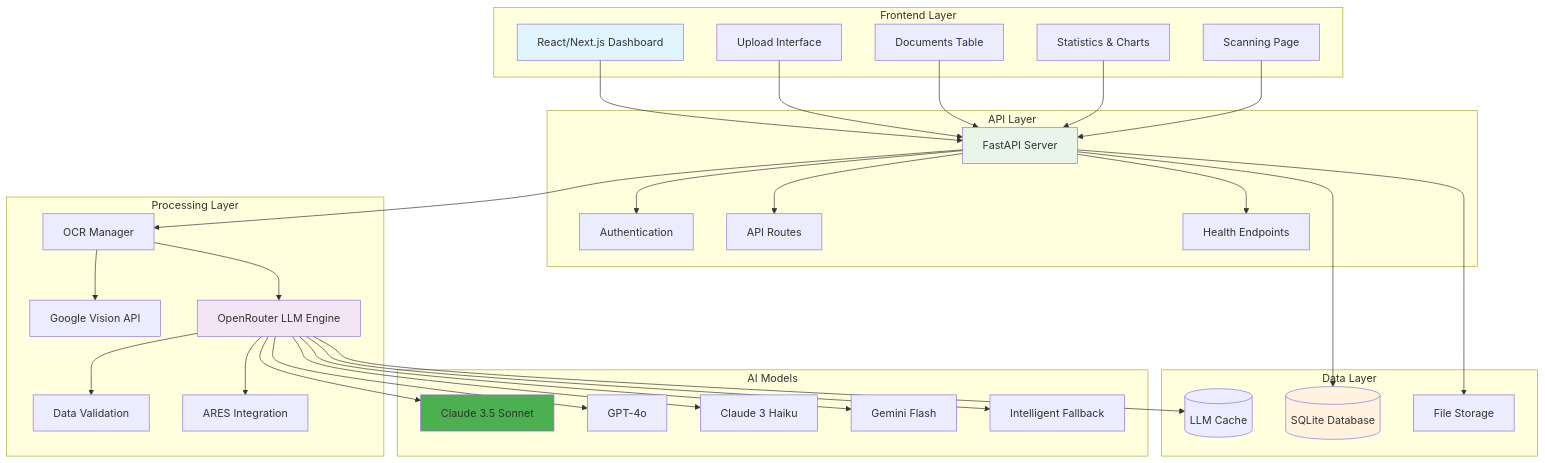
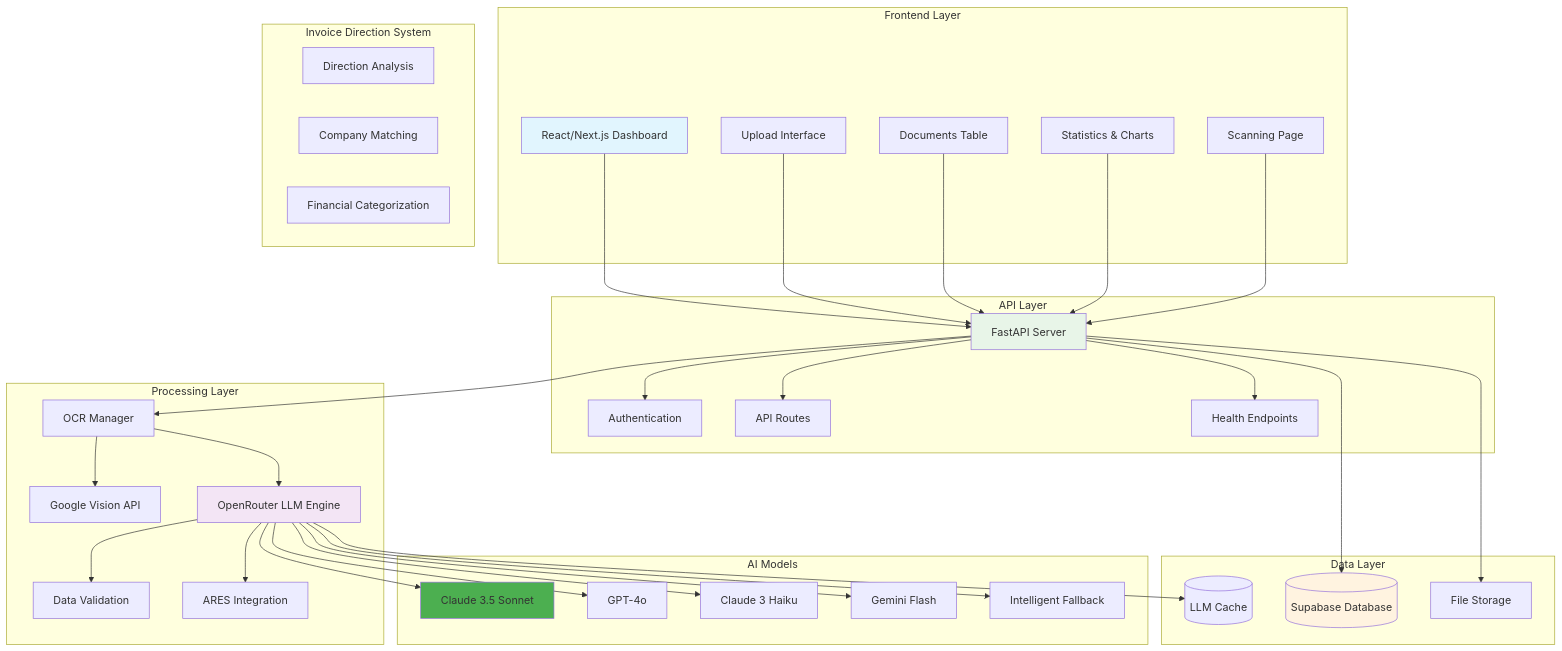
One commit to dobby152/askelio changed the first of 3 diagrams in README.md. Above: the diagram before and after it, drawn with Mermaid. The commit also changed other lines of this file and 42 other files, not shown here.

````diff
--- a/README.md
+++ b/README.md
@@ -7,71 +15,77 @@
 ```mermaid
 graph TB
     subgraph "Frontend Layer"
         UI[React/Next.js Dashboard]
         UPLOAD[Upload Interface]
         TABLE[Documents Table]
         STATS[Statistics & Charts]
         SCAN[Scanning Page]
     end
 
     subgraph "API Layer"
         API[FastAPI Server]
         AUTH[Authentication]
         ROUTES[API Routes]
         HEALTH[Health Endpoints]
     end
 
     subgraph "Processing Layer"
         OCR[OCR Manager]
         GOOGLE[Google Vision API]
         LLM[OpenRouter LLM Engine]
         VALID[Data Validation]
         ARES[ARES Integration]
     end
 
     subgraph "AI Models"
         CLAUDE[Claude 3.5 Sonnet]
         GPT4[GPT-4o]
         HAIKU[Claude 3 Haiku]
         GEMINI[Gemini Flash]
         FALLBACK[Intelligent Fallback]
     end
 
     subgraph "Data Layer"
-        DB[(SQLite Database)]
+        DB[(Supabase Database)]
         CACHE[(LLM Cache)]
         FILES[File Storage]
+    end
+
+    subgraph "Invoice Direction System"
+        DIRECTION[Direction Analysis]
+        COMPANY[Company Matching]
+        FINANCIAL[Financial Categorization]
     end
 
     UI --> API
     UPLOAD --> API
     TABLE --> API
     STATS --> API
     SCAN --> API
 
     API --> OCR
     API --> AUTH
     API --> ROUTES
     API --> HEALTH
 
     OCR --> GOOGLE
     OCR --> LLM
     LLM --> VALID
     LLM --> ARES
 
     LLM --> CLAUDE
     LLM --> GPT4
     LLM --> HAIKU
     LLM --> GEMINI
     LLM --> FALLBACK
 
     API --> DB
     LLM --> CACHE
     API --> FILES
 
     style UI fill:#e1f5fe
     style LLM fill:#f3e5f5
     style CLAUDE fill:#4caf50
     style DB fill:#fff3e0
     style API fill:#e8f5e8
 ```
````
